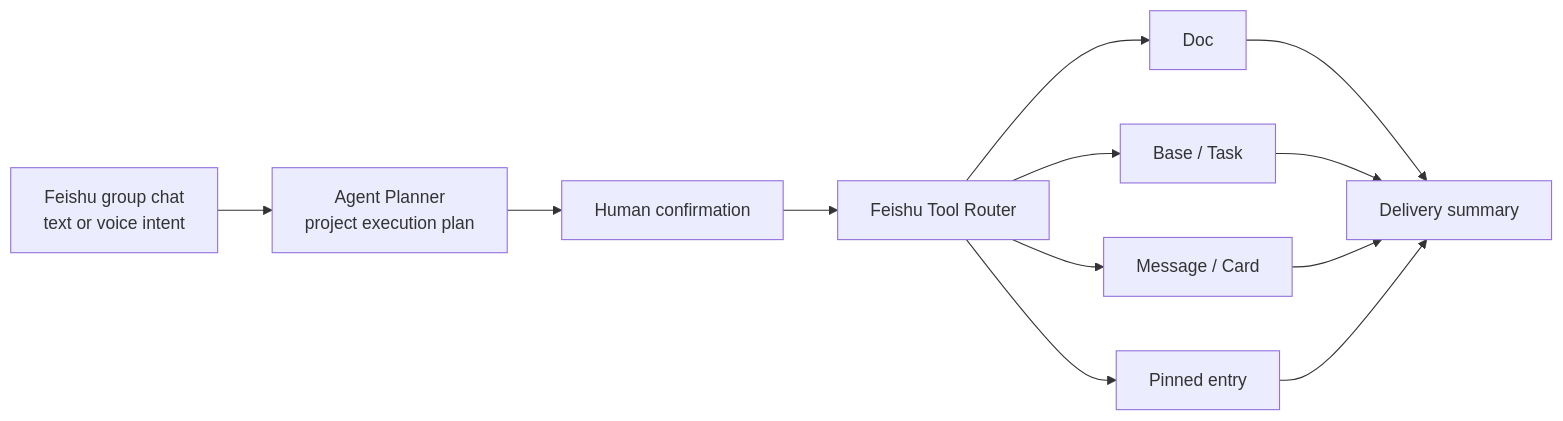
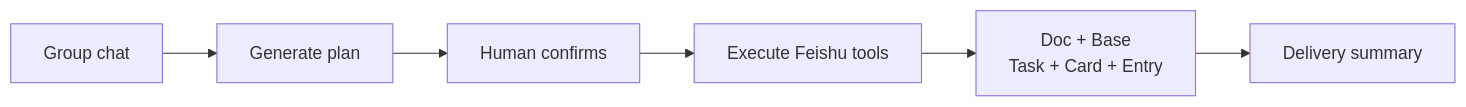
Before and after one commit to DeliciousBuding/pilot-flow: the first of 2 diagrams in README_EN.md, drawn with Mermaid. The commit also changed 1 other file, not shown here.

Commit message:
docs: simplify product flow diagram and remove duplicate screenshot placeholder

````diff
--- a/README_EN.md
+++ b/README_EN.md
@@ -59,14 +59,8 @@
 ```mermaid
 flowchart LR
-    A["Feishu group chat<br/>text or voice intent"] --> B["Agent Planner<br/>project execution plan"]
-    B --> C["Human confirmation"]
-    C --> D["Feishu Tool Router"]
-    D --> E["Doc"]
-    D --> F["Base / Task"]
-    D --> G["Message / Card"]
-    D --> H["Pinned entry"]
-    E --> I["Delivery summary"]
-    F --> I
-    G --> I
-    H --> I
+    A["Group chat"] --> B["Generate plan"]
+    B --> C["Human confirms"]
+    C --> D["Execute Feishu tools"]
+    D --> E["Doc + Base\nTask + Card + Entry"]
+    E --> F["Delivery summary"]
 ```
````
